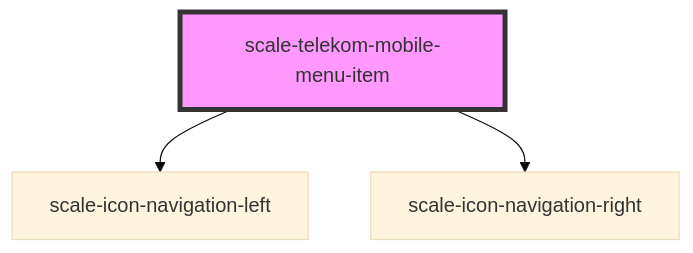
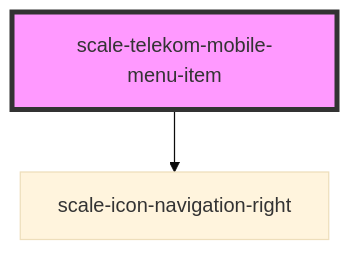
Before and after one commit to telekom/scale: the diagram in packages/components/src/components/telekom/telekom-mobile-menu-item/readme.md, drawn with Mermaid (base theme). The commit also changed other lines of this file and 7 other files, not shown here.

Commit message:
refactor(mobile-menu): make it better

````diff
--- a/packages/components/src/components/telekom/telekom-mobile-menu-item/readme.md
+++ b/packages/components/src/components/telekom/telekom-mobile-menu-item/readme.md
@@ -40,6 +42,5 @@
 ```mermaid
 graph TD;
-  scale-telekom-mobile-menu-item --> scale-icon-navigation-left
   scale-telekom-mobile-menu-item --> scale-icon-navigation-right
   style scale-telekom-mobile-menu-item fill:#f9f,stroke:#333,stroke-width:4px
 ```
````
